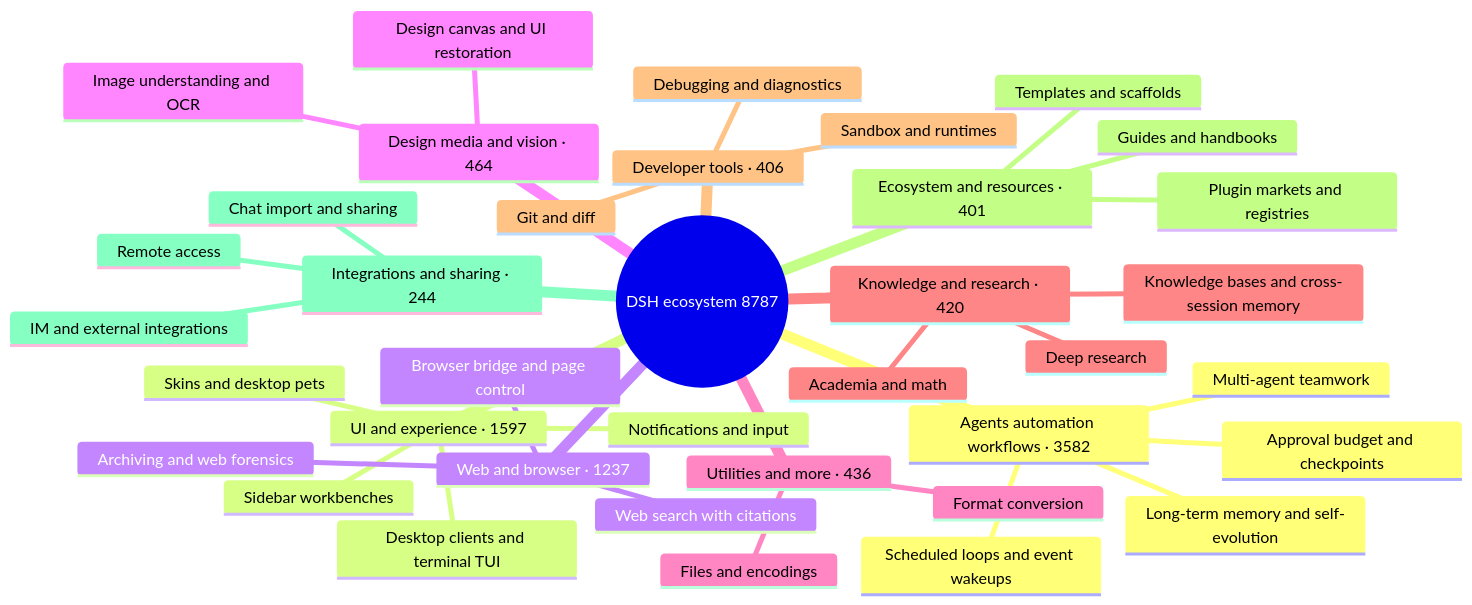
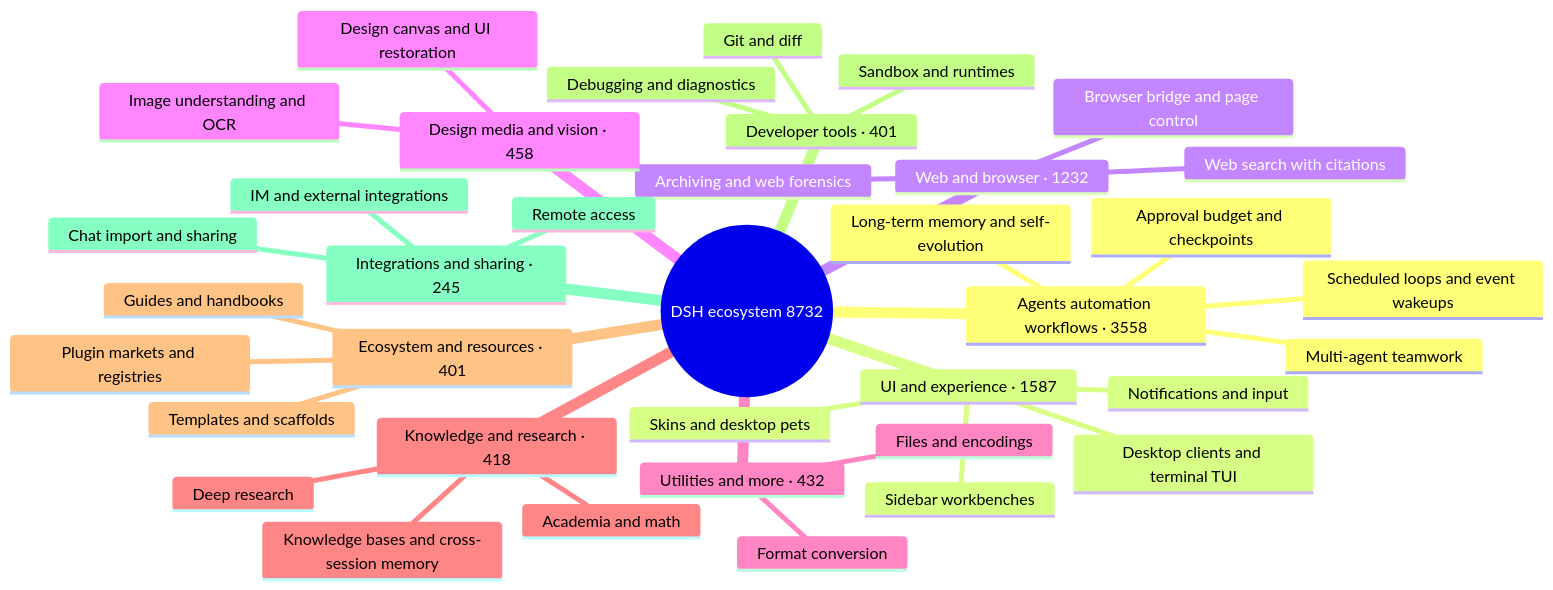
The diagram in README_EN.md (bruc3van/awesome-dsh-plugin), drawn with Mermaid before and after one commit. The commit also changed other lines of this file and 8 other files, not shown here.

````diff
--- a/README_EN.md
+++ b/README_EN.md
@@ -33,40 +33,40 @@
 ```mermaid
 mindmap
-  root((DSH ecosystem 8787))
-    Agents automation workflows · 3582
+  root((DSH ecosystem 8732))
+    Agents automation workflows · 3558
       Scheduled loops and event wakeups
       Multi-agent teamwork
       Long-term memory and self-evolution
       Approval budget and checkpoints
-    UI and experience · 1597
+    UI and experience · 1587
       Desktop clients and terminal TUI
       Sidebar workbenches
       Skins and desktop pets
       Notifications and input
-    Web and browser · 1237
+    Web and browser · 1232
       Browser bridge and page control
       Web search with citations
       Archiving and web forensics
-    Design media and vision · 464
+    Design media and vision · 458
       Image understanding and OCR
       Design canvas and UI restoration
-    Utilities and more · 436
+    Utilities and more · 432
       Files and encodings
       Format conversion
-    Knowledge and research · 420
+    Knowledge and research · 418
       Knowledge bases and cross-session memory
       Deep research
       Academia and math
-    Developer tools · 406
-      Git and diff
-      Sandbox and runtimes
-      Debugging and diagnostics
     Ecosystem and resources · 401
       Plugin markets and registries
       Templates and scaffolds
       Guides and handbooks
-    Integrations and sharing · 244
+    Developer tools · 401
+      Git and diff
+      Sandbox and runtimes
+      Debugging and diagnostics
+    Integrations and sharing · 245
       Chat import and sharing
       Remote access
       IM and external integrations
 ```
````
